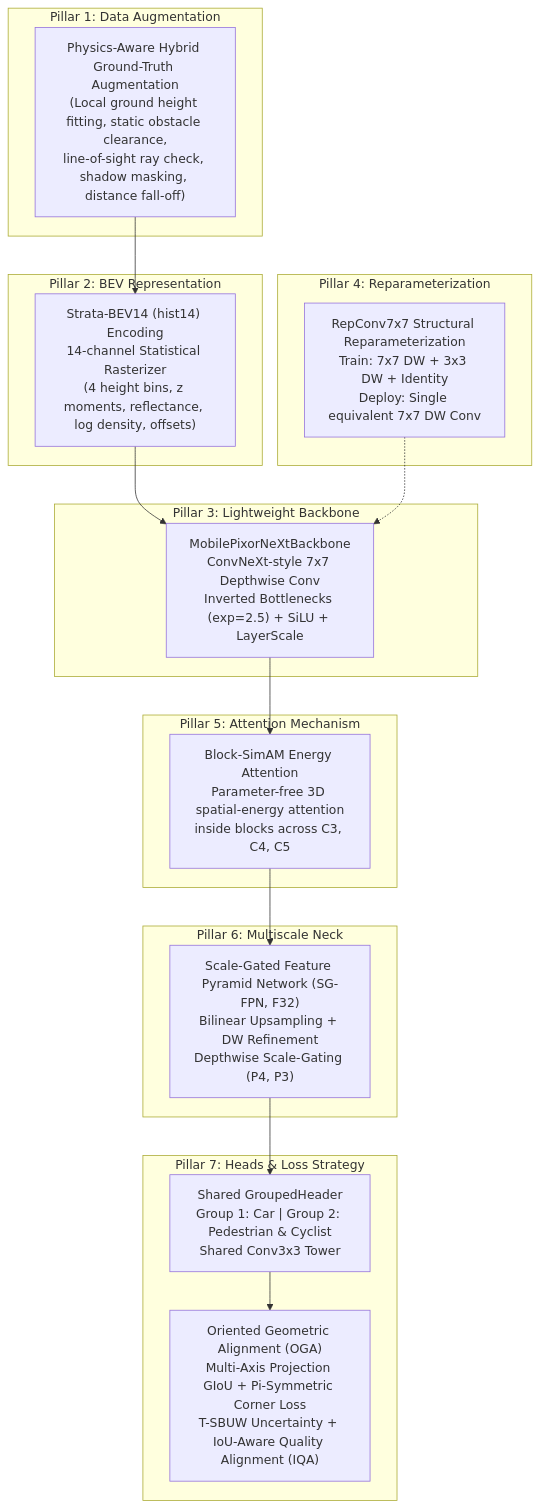
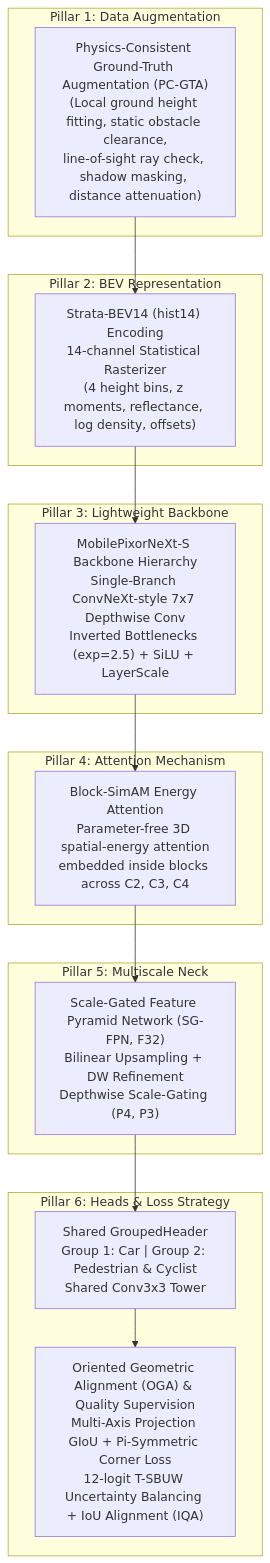
One commit to danhyoyo/Lidar changed the diagram in paper/code_context.md. Above: the diagram before and after it, drawn with Mermaid. The commit also changed other lines of this file and 16 other files, not shown here.

````diff
--- a/paper/code_context.md
+++ b/paper/code_context.md
@@ -32,28 +32,24 @@
 ```mermaid
 flowchart TD
     subgraph P1["Pillar 1: Data Augmentation"]
-        A["Physics-Aware Hybrid Ground-Truth Augmentation<br/>(Local ground height fitting, static obstacle clearance,<br/>line-of-sight ray check, shadow masking, distance fall-off)"]
+        A["Physics-Consistent Ground-Truth Augmentation (PC-GTA)<br/>(Local ground height fitting, static obstacle clearance,<br/>line-of-sight ray check, shadow masking, distance attenuation)"]
     end
     subgraph P2["Pillar 2: BEV Representation"]
         B["Strata-BEV14 (hist14) Encoding<br/>14-channel Statistical Rasterizer<br/>(4 height bins, z moments, reflectance, log density, offsets)"]
     end
     subgraph P3["Pillar 3: Lightweight Backbone"]
-        C["MobilePixorNeXtBackbone<br/>ConvNeXt-style 7x7 Depthwise Conv<br/>Inverted Bottlenecks (exp=2.5) + SiLU + LayerScale"]
+        C["MobilePixorNeXt-S Backbone Hierarchy<br/>Single-Branch ConvNeXt-style 7x7 Depthwise Conv<br/>Inverted Bottlenecks (exp=2.5) + SiLU + LayerScale"]
     end
-    subgraph P4["Pillar 4: Reparameterization"]
-        D["RepConv7x7 Structural Reparameterization<br/>Train: 7x7 DW + 3x3 DW + Identity<br/>Deploy: Single equivalent 7x7 DW Conv"]
+    subgraph P4["Pillar 4: Attention Mechanism"]
+        E["Block-SimAM Energy Attention<br/>Parameter-free 3D spatial-energy attention<br/>embedded inside blocks across C2, C3, C4"]
     end
-    subgraph P5["Pillar 5: Attention Mechanism"]
-        E["Block-SimAM Energy Attention<br/>Parameter-free 3D spatial-energy attention<br/>inside blocks across C3, C4, C5"]
-    end
-    subgraph P6["Pillar 6: Multiscale Neck"]
+    subgraph P5["Pillar 5: Multiscale Neck"]
         F["Scale-Gated Feature Pyramid Network (SG-FPN, F32)<br/>Bilinear Upsampling + DW Refinement<br/>Depthwise Scale-Gating (P4, P3)"]
     end
-    subgraph P7["Pillar 7: Heads & Loss Strategy"]
+    subgraph P6["Pillar 6: Heads & Loss Strategy"]
         G["Shared GroupedHeader<br/>Group 1: Car | Group 2: Pedestrian & Cyclist<br/>Shared Conv3x3 Tower"]
-        H["Oriented Geometric Alignment (OGA)<br/>Multi-Axis Projection GIoU + Pi-Symmetric Corner Loss<br/>T-SBUW Uncertainty + IoU-Aware Quality Alignment (IQA)"]
+        H["Oriented Geometric Alignment (OGA) & Quality Supervision<br/>Multi-Axis Projection GIoU + Pi-Symmetric Corner Loss<br/>12-logit T-SBUW Uncertainty Balancing + IoU Alignment (IQA)"]
     end
 
     A --> B --> C --> E --> F --> G --> H
-    D -.-> C
 ```
````
